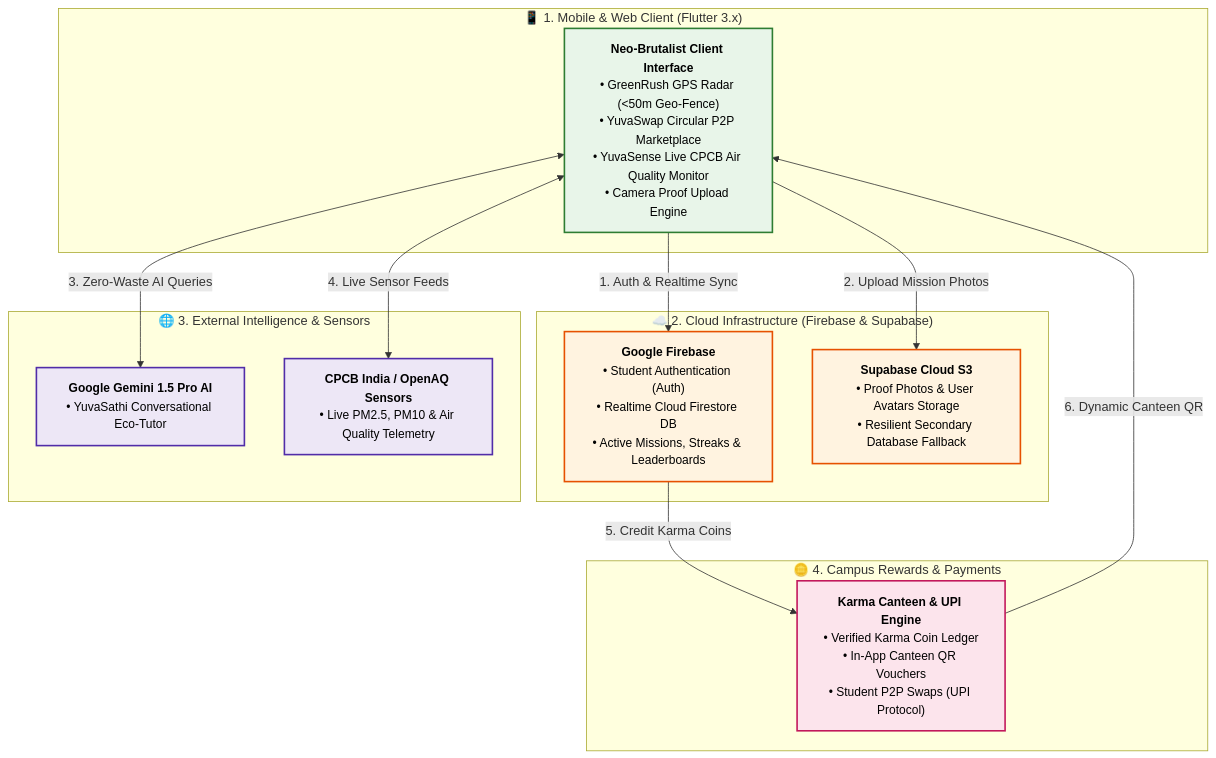
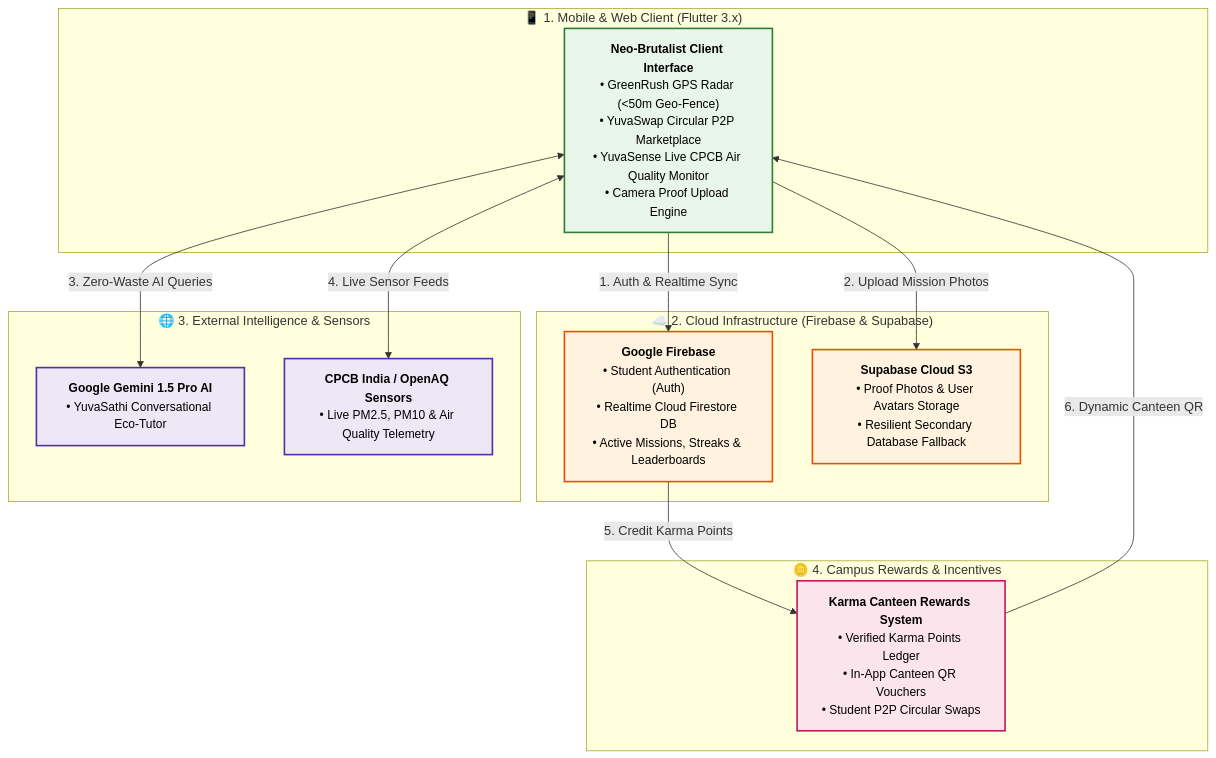
Before and after one commit to divyani-22/GreenYuva: the first of 2 diagrams in README.md, drawn with Mermaid. The commit also changed other lines of this file and 1 other file, not shown here.

Commit message:
docs: align AI architecture, add About section, and refine Karma Points terminology for grant reviewers

````diff
--- a/README.md
+++ b/README.md
@@ -107,34 +107,34 @@
 ```mermaid
 flowchart TD
     classDef default font-size:14px;
     classDef clientStyle fill:#E8F5E9,stroke:#2E7D32,stroke-width:2px,font-size:15px,color:#000;
     classDef cloudStyle fill:#FFF3E0,stroke:#E65100,stroke-width:2px,font-size:15px,color:#000;
     classDef aiStyle fill:#EDE7F6,stroke:#512DA8,stroke-width:2px,font-size:15px,color:#000;
     classDef rewardStyle fill:#FCE4EC,stroke:#C2185B,stroke-width:2px,font-size:15px,color:#000;
 
     subgraph Client["📱 1. Mobile & Web Client (Flutter 3.x)"]
         UI["<b>Neo-Brutalist Client Interface</b><br/>• GreenRush GPS Radar (<50m Geo-Fence)<br/>• YuvaSwap Circular P2P Marketplace<br/>• YuvaSense Live CPCB Air Quality Monitor<br/>• Camera Proof Upload Engine"]:::clientStyle
     end
 
     subgraph Cloud["☁️ 2. Cloud Infrastructure (Firebase & Supabase)"]
         Firebase["<b>Google Firebase</b><br/>• Student Authentication (Auth)<br/>• Realtime Cloud Firestore DB<br/>• Active Missions, Streaks & Leaderboards"]:::cloudStyle
         Supabase["<b>Supabase Cloud S3</b><br/>• Proof Photos & User Avatars Storage<br/>• Resilient Secondary Database Fallback"]:::cloudStyle
     end
 
     subgraph Intelligence["🌐 3. External Intelligence & Sensors"]
         Gemini["<b>Google Gemini 1.5 Pro AI</b><br/>• YuvaSathi Conversational Eco-Tutor"]:::aiStyle
         CPCB["<b>CPCB India / OpenAQ Sensors</b><br/>• Live PM2.5, PM10 & Air Quality Telemetry"]:::aiStyle
     end
 
-    subgraph Tokenomics["🪙 4. Campus Rewards & Payments"]
-        Rewards["<b>Karma Canteen & UPI Engine</b><br/>• Verified Karma Coin Ledger<br/>• In-App Canteen QR Vouchers<br/>• Student P2P Swaps (UPI Protocol)"]:::rewardStyle
+    subgraph RewardsSection["🪙 4. Campus Rewards & Incentives"]
+        Rewards["<b>Karma Canteen Rewards System</b><br/>• Verified Karma Points Ledger<br/>• In-App Canteen QR Vouchers<br/>• Student P2P Circular Swaps"]:::rewardStyle
     end
 
     %% Essential Data Flows
     UI -->|"1. Auth & Realtime Sync"| Firebase
     UI -->|"2. Upload Mission Photos"| Supabase
     UI <-->|"3. Zero-Waste AI Queries"| Gemini
     UI <-->|"4. Live Sensor Feeds"| CPCB
-    Firebase -->|"5. Credit Karma Coins"| Rewards
+    Firebase -->|"5. Credit Karma Points"| Rewards
     Rewards -->|"6. Dynamic Canteen QR"| UI
 ```
````
